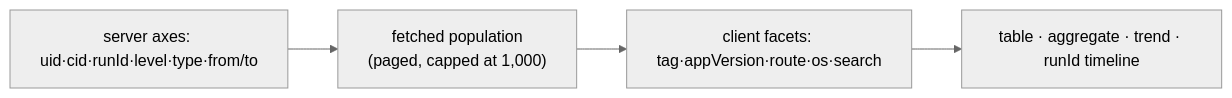
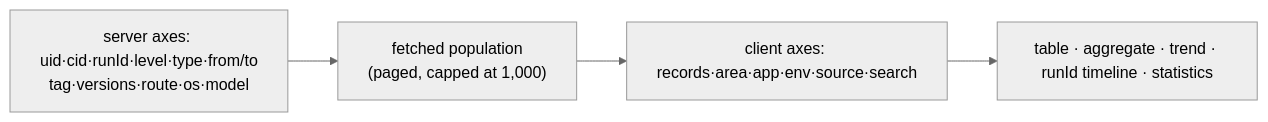
One commit to lemoncloud-io/dou-app changed the diagram in apps/admin-v2/docs/report-logs/README.md. Above: the diagram before and after it, drawn with Mermaid (neutral theme). The commit also changed other lines of this file and 16 other files, not shown here.

````diff
--- a/apps/admin-v2/docs/report-logs/README.md
+++ b/apps/admin-v2/docs/report-logs/README.md
@@ -89,6 +130,6 @@
 ```mermaid
 flowchart LR
-    Server["server axes: uid·cid·runId·level·type·from/to"] --> Corpus["fetched population<br/>(paged, capped at 1,000)"]
-    Corpus --> Client["client facets: tag·appVersion·route·os·search"]
-    Client --> Views["table · aggregate · trend · runId timeline"]
+    Server["server axes: uid·cid·runId·level·type·from/to<br/>tag·versions·route·os·model"] --> Corpus["fetched population<br/>(paged, capped at 1,000)"]
+    Corpus --> Client["client axes: records·area·app·env·source·search"]
+    Client --> Views["table · aggregate · trend · runId timeline · statistics"]
 ```
````
